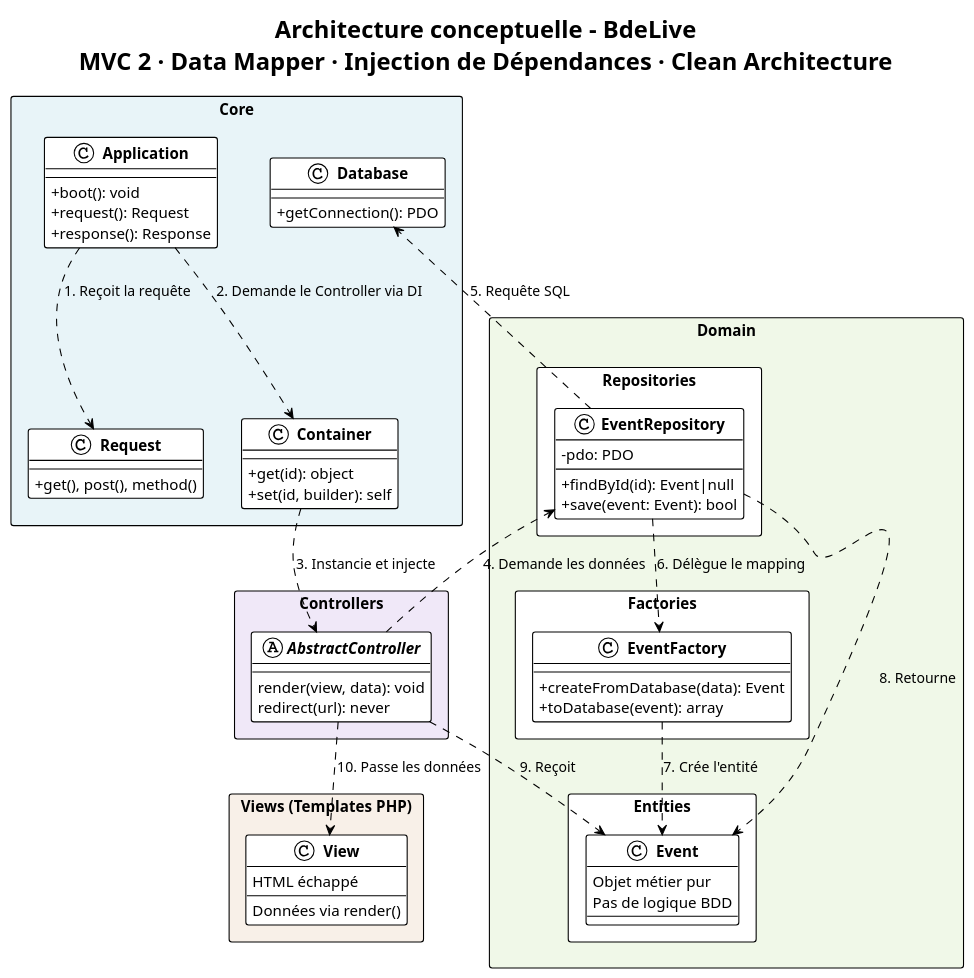
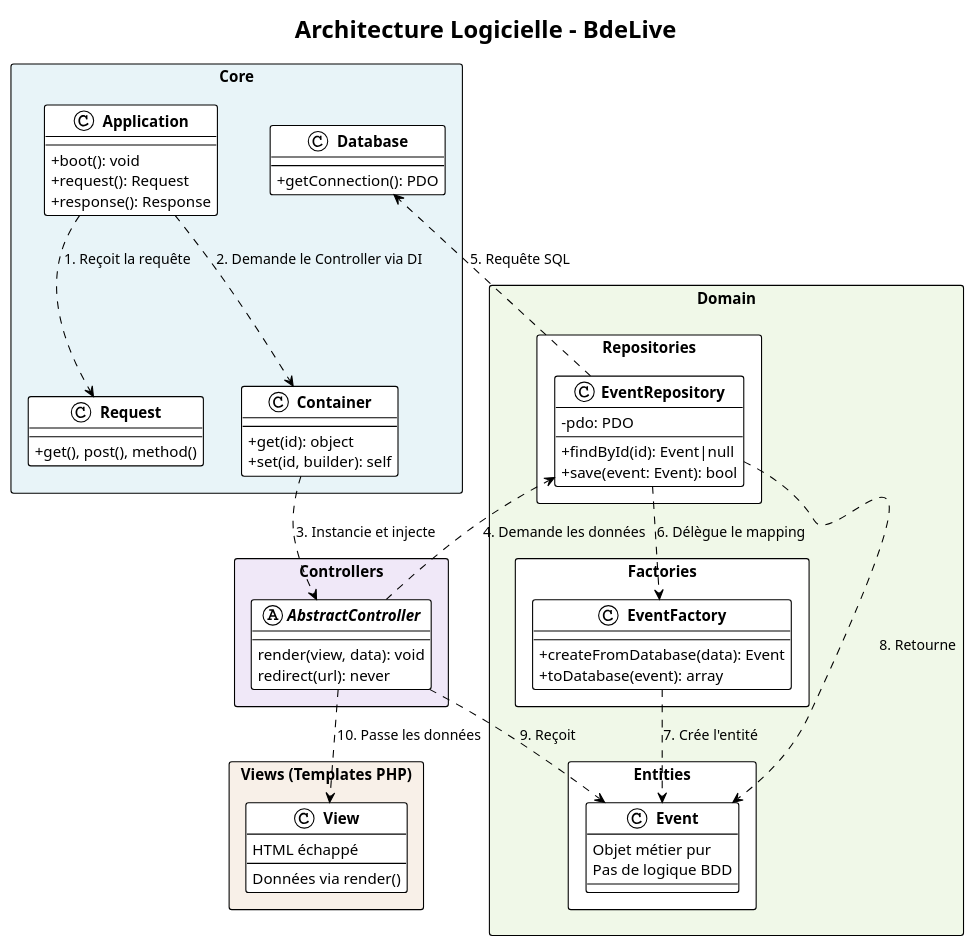
Before and after one commit to AHAMED-Nasser/BdeLive: the diagram in docs/diagramme-classes.puml, drawn with PlantUML. The commit also changed 50 other files, not shown here.

```diff
--- a/docs/diagramme-classes.puml
+++ b/docs/diagramme-classes.puml
@@ -1,80 +1,80 @@
 @startuml
 !theme plain
 skinparam classAttributeIconSize 0
 skinparam classFontStyle bold
 skinparam packageStyle rectangle
 
-title Architecture conceptuelle - BdeLive\nMVC 2 · Data Mapper · Injection de Dépendances · Clean Architecture
+title Architecture Logicielle - BdeLive
 
 ' ==================== COUCHE CORE ====================
 package "Core" #E8F4F8 {
   class Application {
     + boot(): void
     + request(): Request
     + response(): Response
   }
   class Request {
     + get(), post(), method()
   }
   class Container {
     + get(id): object
     + set(id, builder): self
   }
   class Database {
     + getConnection(): PDO
   }
 }
 
 ' ==================== COUCHE CONTROLLERS ====================
 package "Controllers" #F0E8F8 {
   abstract class AbstractController {
      render(view, data): void
      redirect(url): never
   }
 }
 
 ' ==================== COUCHE VIEWS ====================
 package "Views (Templates PHP)" #F8F0E8 {
   class View {
     Données via render()
     HTML échappé
   }
 }
 
 ' ==================== COUCHE DOMAIN (exemple Event) ====================
 package "Domain" #F0F8E8 {
   package "Repositories" {
     class EventRepository {
       - pdo: PDO
       + findById(id): Event|null
       + save(event: Event): bool
     }
   }
   package "Factories" {
     class EventFactory {
       + createFromDatabase(data): Event
       + toDatabase(event): array
     }
   }
   package "Entities" {
     class Event {
       Objet métier pur
       Pas de logique BDD
     }
   }
 }
 
 ' ==================== FLUX - CLEAN ARCHITECTURE (..> = dépendance) ====================
 Application ..> Request : 1. Reçoit la requête
 Application ..> Container : 2. Demande le Controller via DI
 Container ..> AbstractController : 3. Instancie et injecte
 
 AbstractController ..> EventRepository : 4. Demande les données
 EventRepository ..> Database : 5. Requête SQL
 EventRepository ..> EventFactory : 6. Délègue le mapping
 EventFactory ..> Event : 7. Crée l'entité
 
 EventRepository ..> Event : 8. Retourne
 AbstractController ..> Event : 9. Reçoit
 AbstractController ..> View : 10. Passe les données
 @enduml
```
